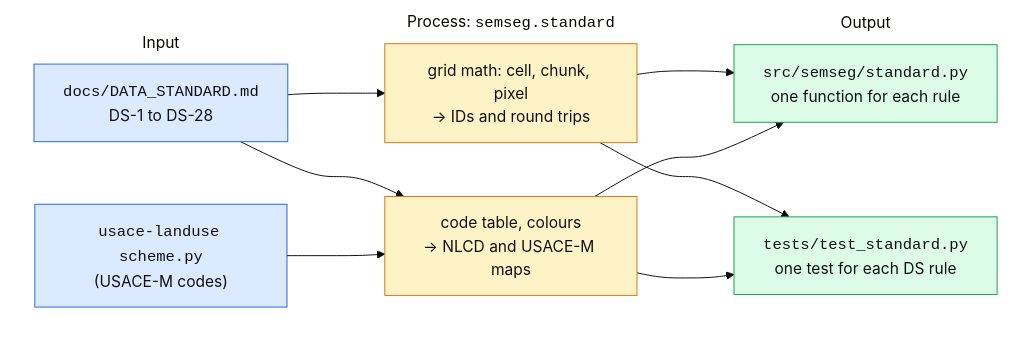
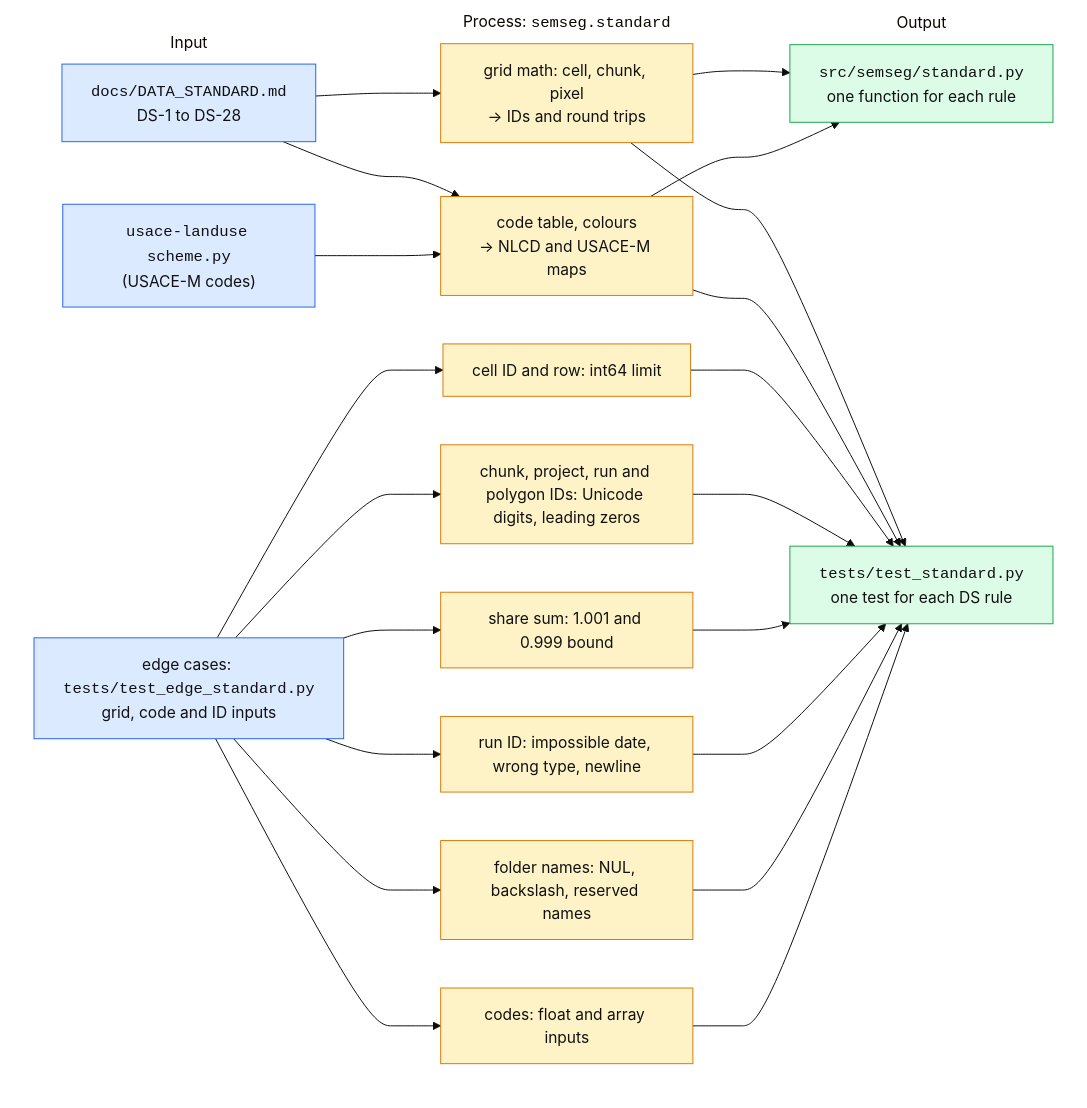
One commit to Lunseargen/usace-landuse-semantic-segmentation changed the fourth of 32 diagrams in PLAN.md. Above: the diagram before and after it, drawn with Mermaid (base theme). The commit also changed other lines of this file and 10 other files, not shown here.

Commit message:
0.2 Data standard in code

````diff
--- a/PLAN.md
+++ b/PLAN.md
@@ -197,28 +197,47 @@
   ```mermaid
   flowchart LR
       subgraph I ["Input"]
           a["<code>docs/DATA_STANDARD.md</code><br/>DS-1 to DS-28"]:::in
           b["<code>usace-landuse</code> <code>scheme.py</code><br/>(USACE-M codes)"]:::in
+          c["edge cases: <code>tests/test_edge_standard.py</code><br/>grid, code and ID inputs"]:::in
       end
       subgraph P ["Process: <code>semseg.standard</code>"]
           p1["grid math: cell, chunk, pixel<br/>→ IDs and round trips"]:::pr
           p2["code table, colours<br/>→ NLCD and USACE-M maps"]:::pr
+          e1["cell ID and row: int64 limit"]:::pr
+          e2["chunk, project, run and polygon IDs: Unicode digits, leading zeros"]:::pr
+          e3["share sum: 1.001 and 0.999 bound"]:::pr
+          e4["run ID: impossible date, wrong type, newline"]:::pr
+          e5["folder names: NUL, backslash, reserved names"]:::pr
+          e6["codes: float and array inputs"]:::pr
       end
       subgraph O ["Output"]
           o1["<code>src/semseg/standard.py</code><br/>one function for each rule"]:::ou
           o2["<code>tests/test_standard.py</code><br/>one test for each DS rule"]:::ou
       end
       a --> p1
       a --> p2
       b --> p2
       p1 --> o1
       p2 --> o1
       p1 --> o2
       p2 --> o2
+      c --> e1
+      c --> e2
+      c --> e3
+      c --> e4
+      c --> e5
+      c --> e6
+      e1 --> o2
+      e2 --> o2
+      e3 --> o2
+      e4 --> o2
+      e5 --> o2
+      e6 --> o2
       classDef in fill:#dbeafe,stroke:#2563eb,color:#111
       classDef pr fill:#fef3c7,stroke:#d97706,color:#111
       classDef ou fill:#dcfce7,stroke:#16a34a,color:#111
       style I fill:none,stroke:none
       style P fill:none,stroke:none
       style O fill:none,stroke:none
   ```
````
